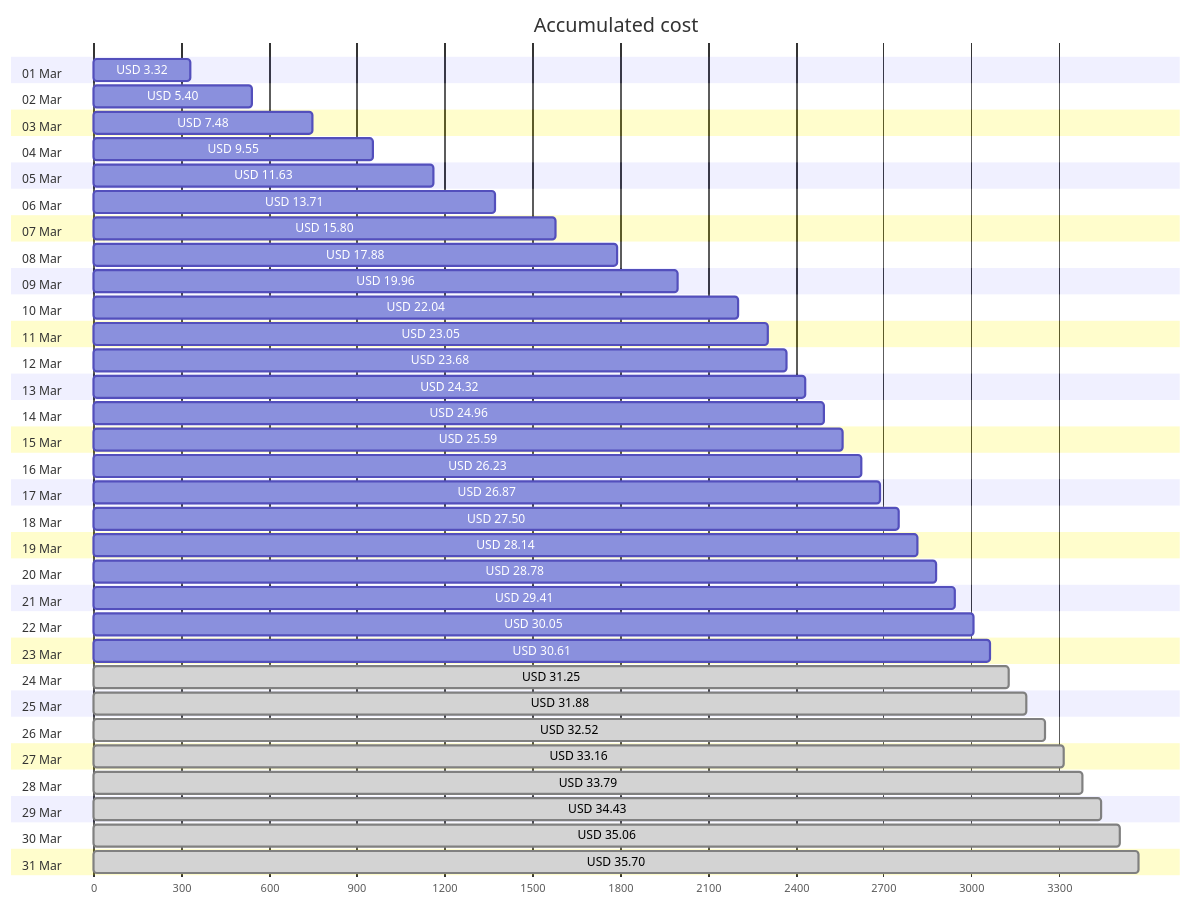
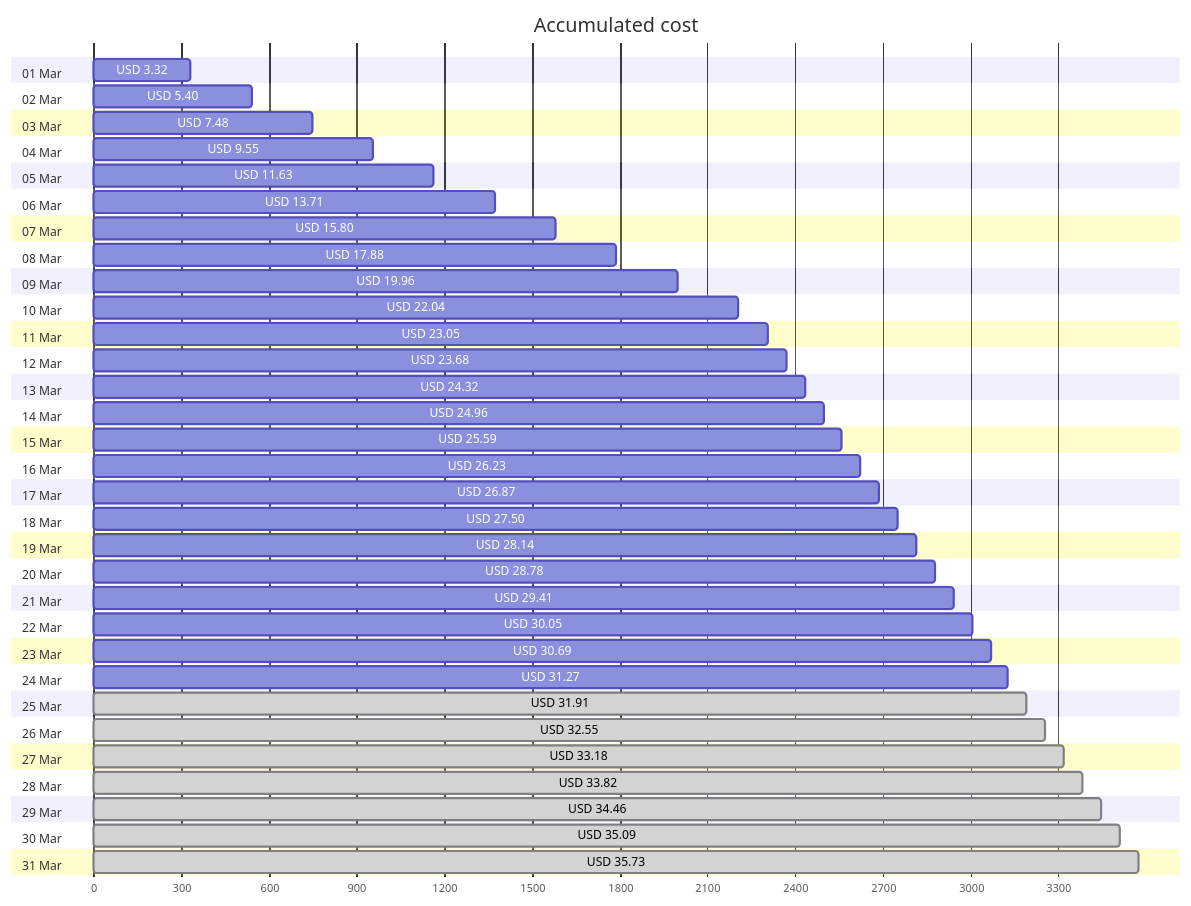
The first of 4 diagrams in cost-reports/accumulated-cost.md (jpfulton/azure-personal-reports), drawn with Mermaid before and after one commit. The commit also changed other lines of this file and 4 other files, not shown here.

````diff
--- a/cost-reports/accumulated-cost.md
+++ b/cost-reports/accumulated-cost.md
@@ -20,68 +20,68 @@
 ```mermaid
 gantt
    title Accumulated cost
    dateFormat  X
    axisFormat %s
    section 01 Mar
    USD 3.32 :0, 332
    section 02 Mar
    USD 5.40 :0, 540
    section 03 Mar
    USD 7.48 :0, 748
    section 04 Mar
    USD 9.55 :0, 955
    section 05 Mar
    USD 11.63 :0, 1163
    section 06 Mar
    USD 13.71 :0, 1371
    section 07 Mar
    USD 15.80 :0, 1580
    section 08 Mar
    USD 17.88 :0, 1788
    section 09 Mar
    USD 19.96 :0, 1996
    section 10 Mar
    USD 22.04 :0, 2204
    section 11 Mar
    USD 23.05 :0, 2305
    section 12 Mar
    USD 23.68 :0, 2368
    section 13 Mar
    USD 24.32 :0, 2432
    section 14 Mar
    USD 24.96 :0, 2496
    section 15 Mar
    USD 25.59 :0, 2559
    section 16 Mar
    USD 26.23 :0, 2623
    section 17 Mar
    USD 26.87 :0, 2687
    section 18 Mar
    USD 27.50 :0, 2750
    section 19 Mar
    USD 28.14 :0, 2814
    section 20 Mar
    USD 28.78 :0, 2878
    section 21 Mar
    USD 29.41 :0, 2941
    section 22 Mar
    USD 30.05 :0, 3005
    section 23 Mar
-   USD 30.61 :0, 3061
+   USD 30.69 :0, 3069
    section 24 Mar
-   USD 31.25 : done, 0, 3125
+   USD 31.27 :0, 3127
    section 25 Mar
-   USD 31.88 : done, 0, 3188
+   USD 31.91 : done, 0, 3191
    section 26 Mar
-   USD 32.52 : done, 0, 3252
+   USD 32.55 : done, 0, 3255
    section 27 Mar
-   USD 33.16 : done, 0, 3316
+   USD 33.18 : done, 0, 3318
    section 28 Mar
-   USD 33.79 : done, 0, 3379
+   USD 33.82 : done, 0, 3382
    section 29 Mar
-   USD 34.43 : done, 0, 3443
+   USD 34.46 : done, 0, 3446
    section 30 Mar
-   USD 35.06 : done, 0, 3506
+   USD 35.09 : done, 0, 3509
    section 31 Mar
-   USD 35.70 : done, 0, 3570
+   USD 35.73 : done, 0, 3573
 ```
````
